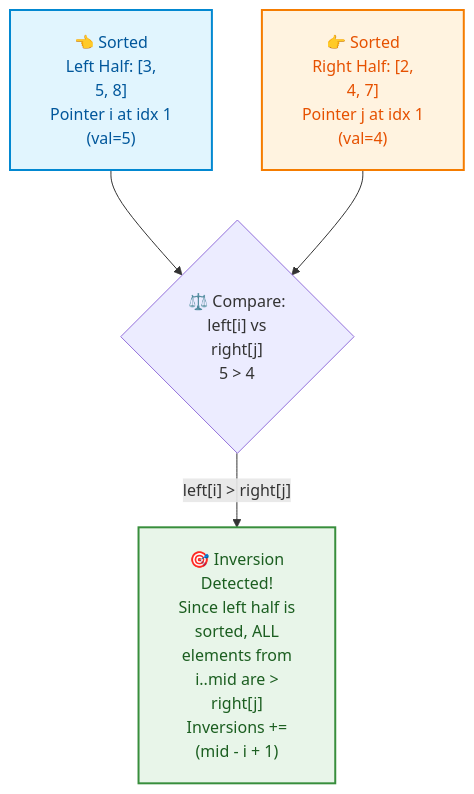
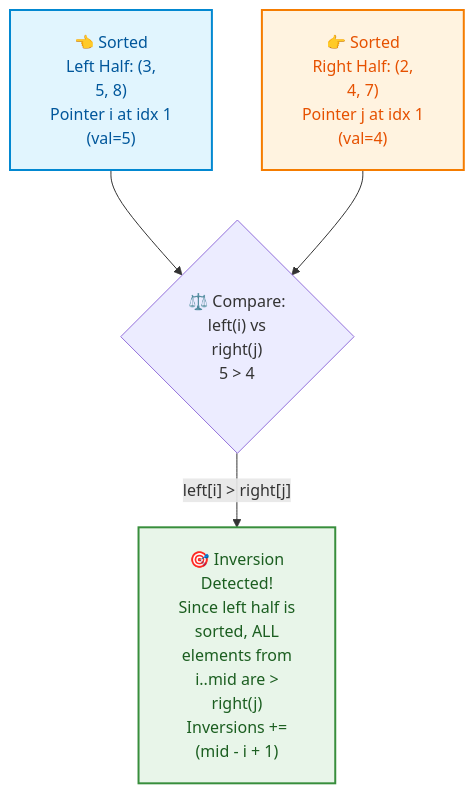
The fifth of 6 diagrams in week_04_core_problem_solving_patterns_i/Week_04_Visual_Concepts_Playbook_HYBRID.md (dip4k/DSA_102), drawn with Mermaid before and after one commit. The commit also changed other lines of this file and 147 other files, not shown here.

First line of the commit message:
feat(curriculum): enrich Weeks 01-19 instructional modules & resolve repository-wide Mermaid cutoff

````diff
--- a/week_04_core_problem_solving_patterns_i/Week_04_Visual_Concepts_Playbook_HYBRID.md
+++ b/week_04_core_problem_solving_patterns_i/Week_04_Visual_Concepts_Playbook_HYBRID.md
@@ -527,13 +527,13 @@
 ```mermaid
 %%{init: {"flowchart": {"htmlLabels": true, "padding": 20}, "themeCSS": "foreignObject { overflow: visible !important; }"}}%%
 flowchart TD
-    classDef left fill:#e1f5fe,stroke:#0288d1,color:#01579b,stroke-width:2px;
-    classDef right fill:#fff3e0,stroke:#f57c00,color:#e65100,stroke-width:2px;
-    classDef count fill:#e8f5e9,stroke:#388e3c,color:#1b5e20,stroke-width:2px;
+    classDef left fill:#e1f5fe,stroke:#0288d1,color:#01579b,stroke-width:2px
+    classDef right fill:#fff3e0,stroke:#f57c00,color:#e65100,stroke-width:2px
+    classDef count fill:#e8f5e9,stroke:#388e3c,color:#1b5e20,stroke-width:2px
 
-    L["👈 Sorted<br/>Left Half: [3,<br/>5, 8]<br/>Pointer i at idx 1<br/>(val=5)"]:::left
-    R["👉 Sorted<br/>Right Half: [2,<br/>4, 7]<br/>Pointer j at idx 1<br/>(val=4)"]:::right
-    Comp{"⚖️ Compare:<br/>left[i] vs<br/>right[j]<br/>5 > 4"}
+    L["👈 Sorted<br/>Left Half: (3,<br/>5, 8)<br/>Pointer i at idx 1<br/>(val=5)"]:::left
+    R["👉 Sorted<br/>Right Half: (2,<br/>4, 7)<br/>Pointer j at idx 1<br/>(val=4)"]:::right
+    Comp{"⚖️ Compare:<br/>left(i) vs<br/>right(j)<br/>5 &gt; 4"}
     L & R --> Comp
-    Comp -->|"left[i] > right[j]"| Inv["🎯 Inversion<br/>Detected!<br/>Since left half is<br/>sorted, ALL<br/>elements from<br/>i..mid are ><br/>right[j]<br/>Inversions +=<br/>(mid - i + 1)"]:::count
+    Comp -->|"left[i] &gt; right[j]"| Inv["🎯 Inversion<br/>Detected!<br/>Since left half is<br/>sorted, ALL<br/>elements from<br/>i..mid are &gt;<br/>right(j)<br/>Inversions +=<br/>(mid - i + 1)"]:::count
 ```
````
